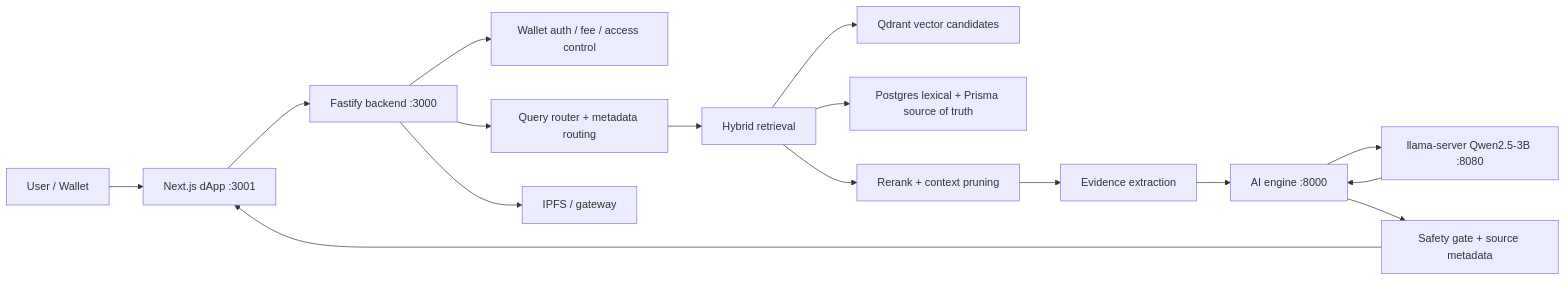
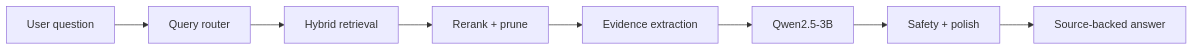
Before and after one commit to ragipabdioglu/r3mes_v1: the diagram in README.md, drawn with Mermaid. The commit also changed other lines of this file, not shown here.

````diff
--- a/README.md
+++ b/README.md
@@ -27,18 +84,10 @@
 ```mermaid
 flowchart LR
-  User["User / Wallet"] --> DApp["Next.js dApp :3001"]
-  DApp --> API["Fastify backend :3000"]
-  API --> Auth["Wallet auth / fee / access control"]
-  API --> Router["Query router + metadata routing"]
-  Router --> Hybrid["Hybrid retrieval"]
-  Hybrid --> Qdrant["Qdrant vector candidates"]
-  Hybrid --> Postgres["Postgres lexical + Prisma source of truth"]
-  Hybrid --> Prune["Rerank + context pruning"]
-  Prune --> Evidence["Evidence extraction"]
-  Evidence --> AI["AI engine :8000"]
-  AI --> Llama["llama-server Qwen2.5-3B :8080"]
-  Llama --> AI
-  AI --> Safety["Safety gate + source metadata"]
-  Safety --> DApp
-  API --> IPFS["IPFS / gateway"]
+  A["User question"] --> B["Query router"]
+  B --> C["Hybrid retrieval"]
+  C --> D["Rerank + prune"]
+  D --> E["Evidence extraction"]
+  E --> F["Qwen2.5-3B"]
+  F --> G["Safety + polish"]
+  G --> H["Source-backed answer"]
 ```
````
